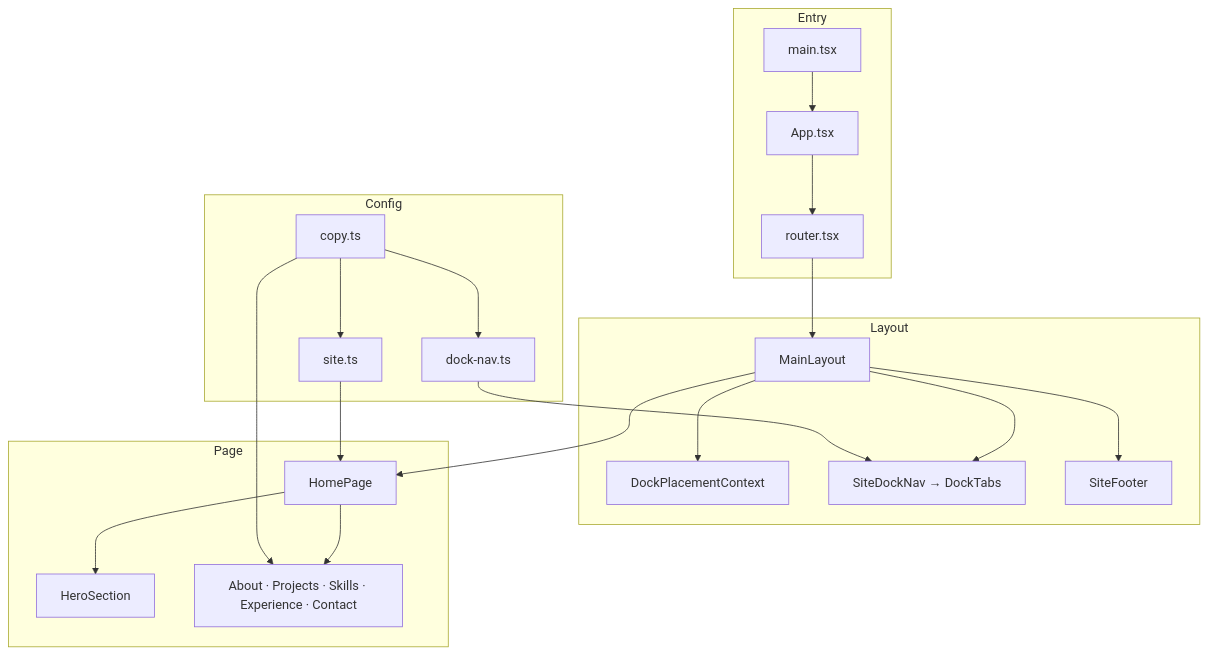
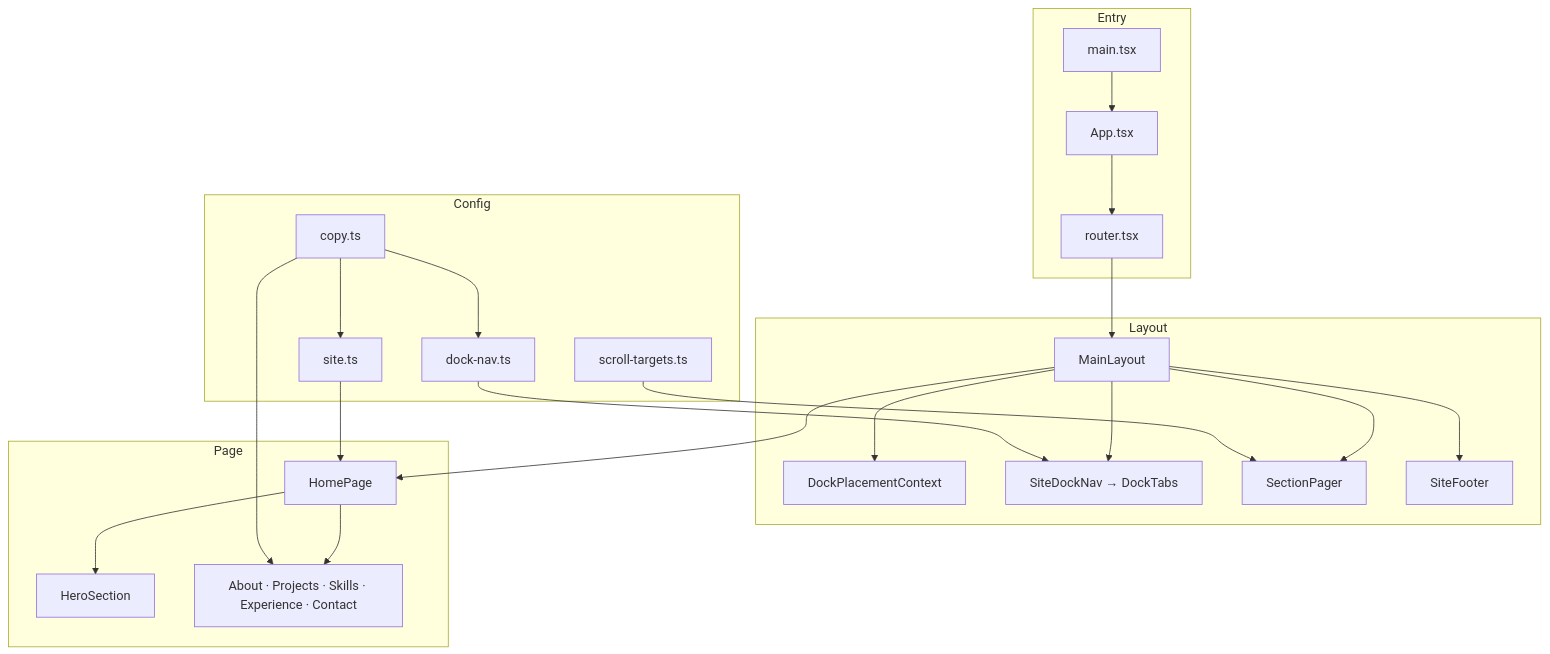
Before and after one commit to SamuelSiahaan16/portofolio: the diagram in README.md, drawn with Mermaid. The commit also changed other lines of this file and 10 other files, not shown here.

Commit message:
feat(section-pager): Implement section navigation with up/down buttons and scroll snap functionality

````diff
--- a/README.md
+++ b/README.md
@@ -56,41 +58,45 @@
 ```mermaid
 flowchart TB
   subgraph entry [Entry]
     main["main.tsx"]
     App["App.tsx"]
     router["router.tsx"]
   end
 
   subgraph layout [Layout]
     MainLayout["MainLayout"]
     DockCtx["DockPlacementContext"]
     SiteDock["SiteDockNav → DockTabs"]
+    SectionPager["SectionPager"]
     Footer["SiteFooter"]
   end
 
   subgraph page [Page]
     HomePage["HomePage"]
     Hero["HeroSection"]
     Sections["About · Projects · Skills · Experience · Contact"]
   end
 
   subgraph config [Config]
     copy["copy.ts"]
     site["site.ts"]
     dockNav["dock-nav.ts"]
+    scrollTargets["scroll-targets.ts"]
   end
 
   main --> App --> router
   router --> MainLayout
   MainLayout --> DockCtx
   MainLayout --> SiteDock
+  MainLayout --> SectionPager
   MainLayout --> HomePage
   MainLayout --> Footer
   HomePage --> Hero
   HomePage --> Sections
   site --> HomePage
   copy --> site
   copy --> dockNav
   copy --> Sections
   dockNav --> SiteDock
+  scrollTargets --> SectionPager
 ```
````
